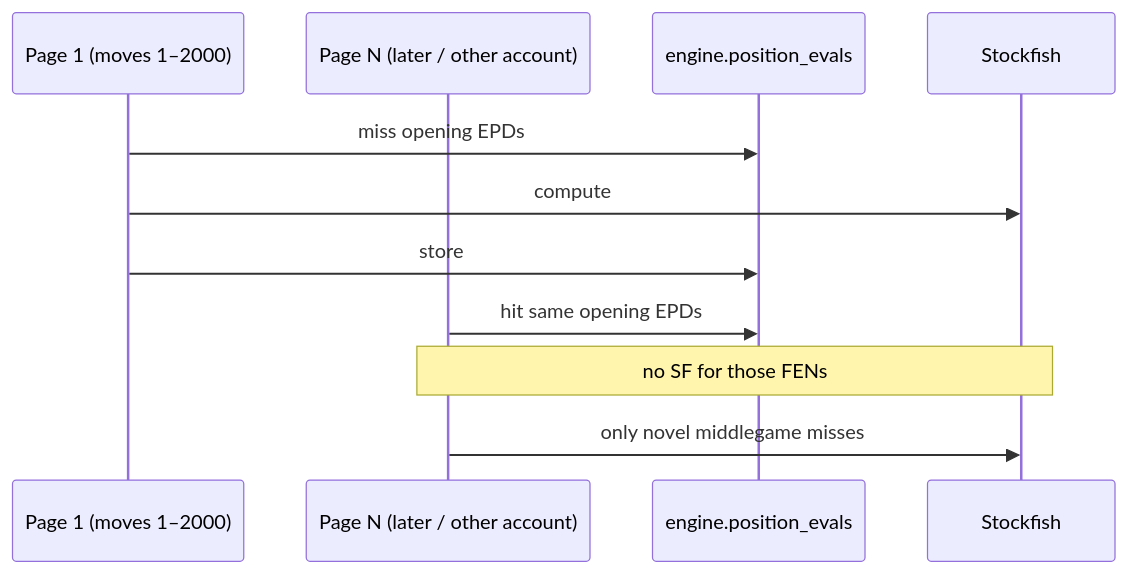
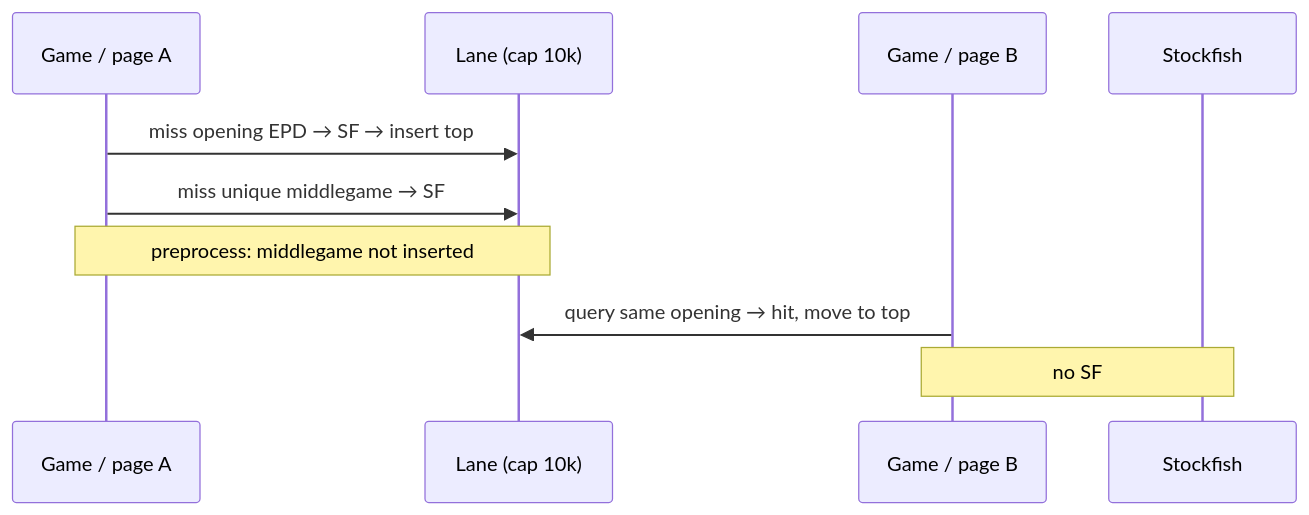
One commit to daniel-brus/chess_teacher changed the second of 2 diagrams in .agents/docs/fen-eval-cache-service.md. Above: the diagram before and after it, drawn with Mermaid. The commit also changed other lines of this file, not shown here.

First line of the commit message:
docs: treat FEN eval cache as per-lane LRU

````diff
--- a/.agents/docs/fen-eval-cache-service.md
+++ b/.agents/docs/fen-eval-cache-service.md
@@ -283,14 +241,13 @@
 ```mermaid
 sequenceDiagram
-  participant P1 as Page 1 (moves 1–2000)
-  participant P2 as Page N (later / other account)
-  participant PG as engine.position_evals
+  participant G1 as Game / page A
+  participant Reg as Lane (cap 10k)
+  participant G2 as Game / page B
   participant SF as Stockfish
 
-  P1->>PG: miss opening EPDs
-  P1->>SF: compute
-  P1->>PG: store
-  P2->>PG: hit same opening EPDs
-  Note over P2,SF: no SF for those FENs
-  P2->>SF: only novel middlegame misses
+  G1->>Reg: miss opening EPD → SF → insert top
+  G1->>Reg: miss unique middlegame → SF
+  Note over G1,Reg: preprocess: middlegame not inserted
+  G2->>Reg: query same opening → hit, move to top
+  Note over G2,SF: no SF
 ```
````
